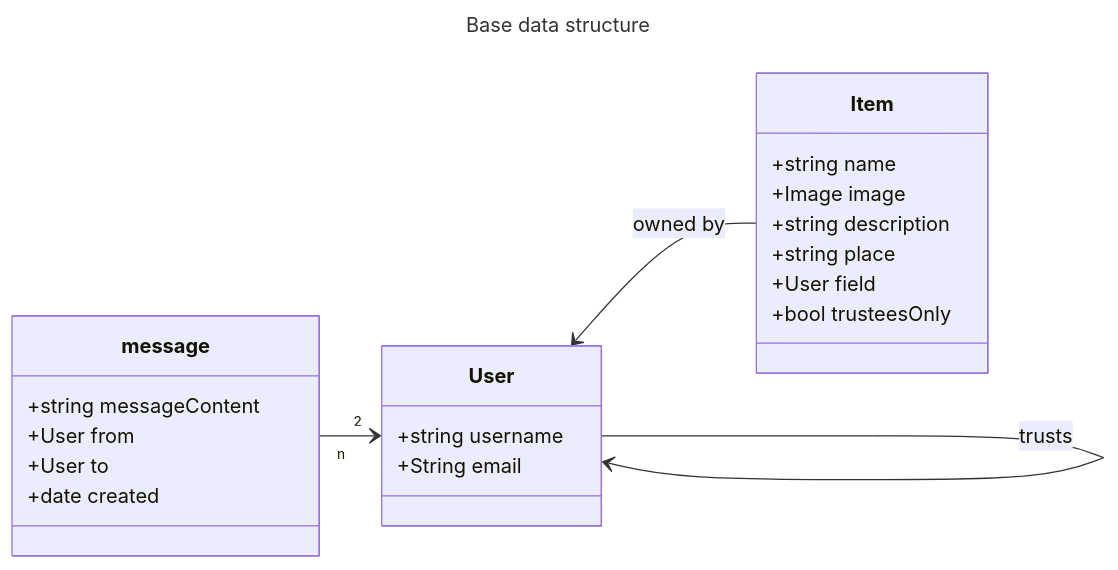
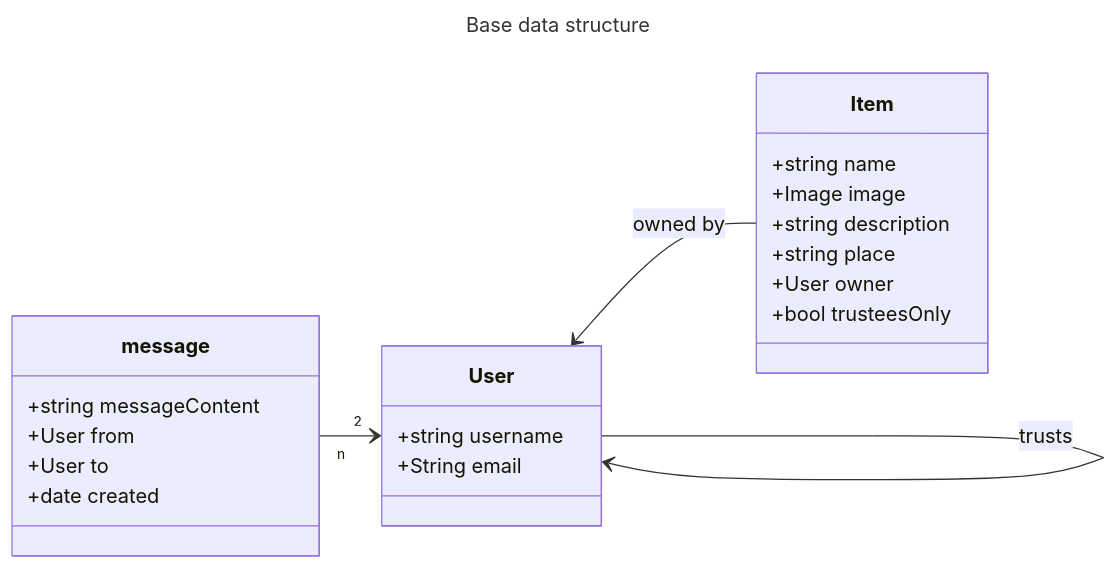
The diagram in docs/domain-model.md (share-open-sharing-infrastructure/share-mvp), drawn with Mermaid before and after one commit. The commit also changed 5 other files, not shown here.

Commit message:
Update owner field (#80)

````diff
--- a/docs/domain-model.md
+++ b/docs/domain-model.md
@@ -5,31 +5,31 @@
 ```mermaid
 ---
 title: Base data structure
 ---
 classDiagram
     direction LR
 
     class User{
         +string username
         +String email
     }
     User --> User : trusts
 
     class Item{
         +string name
         +Image image
         +string description
         +string place
-        +User field <!-- this is currently misnamed, have to adapt in DB and then in code -->
+        +User owner <!-- this is currently misnamed, have to adapt in DB and then in code -->
         +bool trusteesOnly
     }
     User <-- Item : owned by
 
     class message{
         +string messageContent
         +User from
         +User to
         +date created
     }
     message "n" --> "2" User
 ```
````
